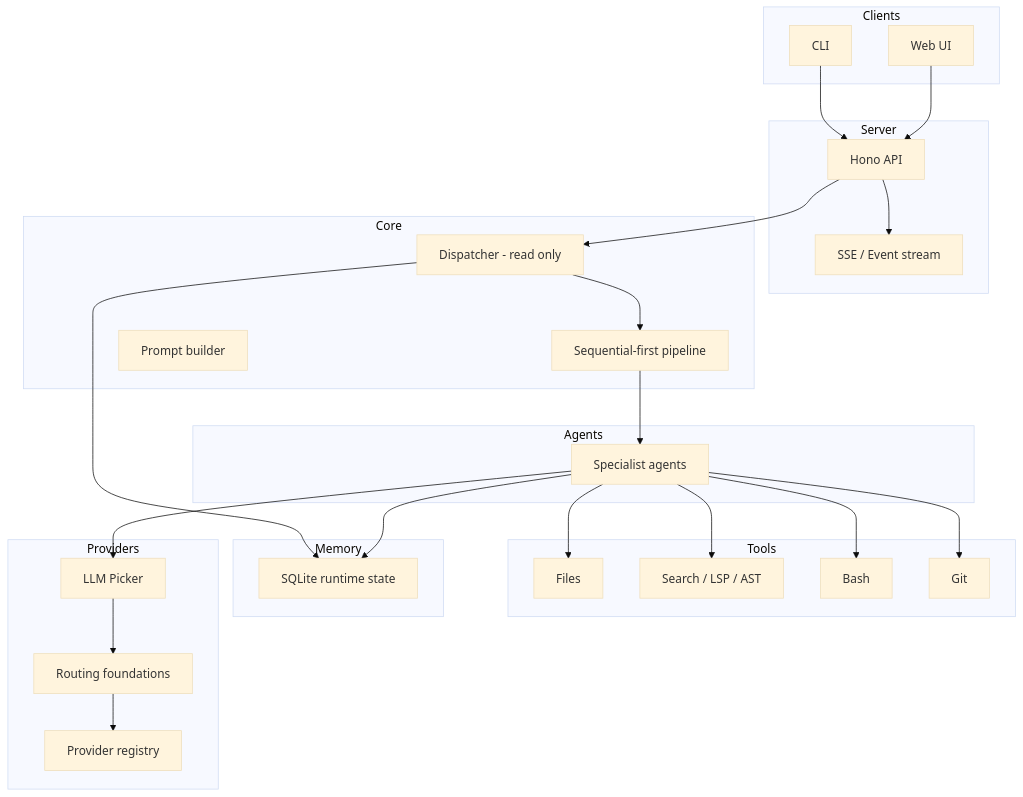
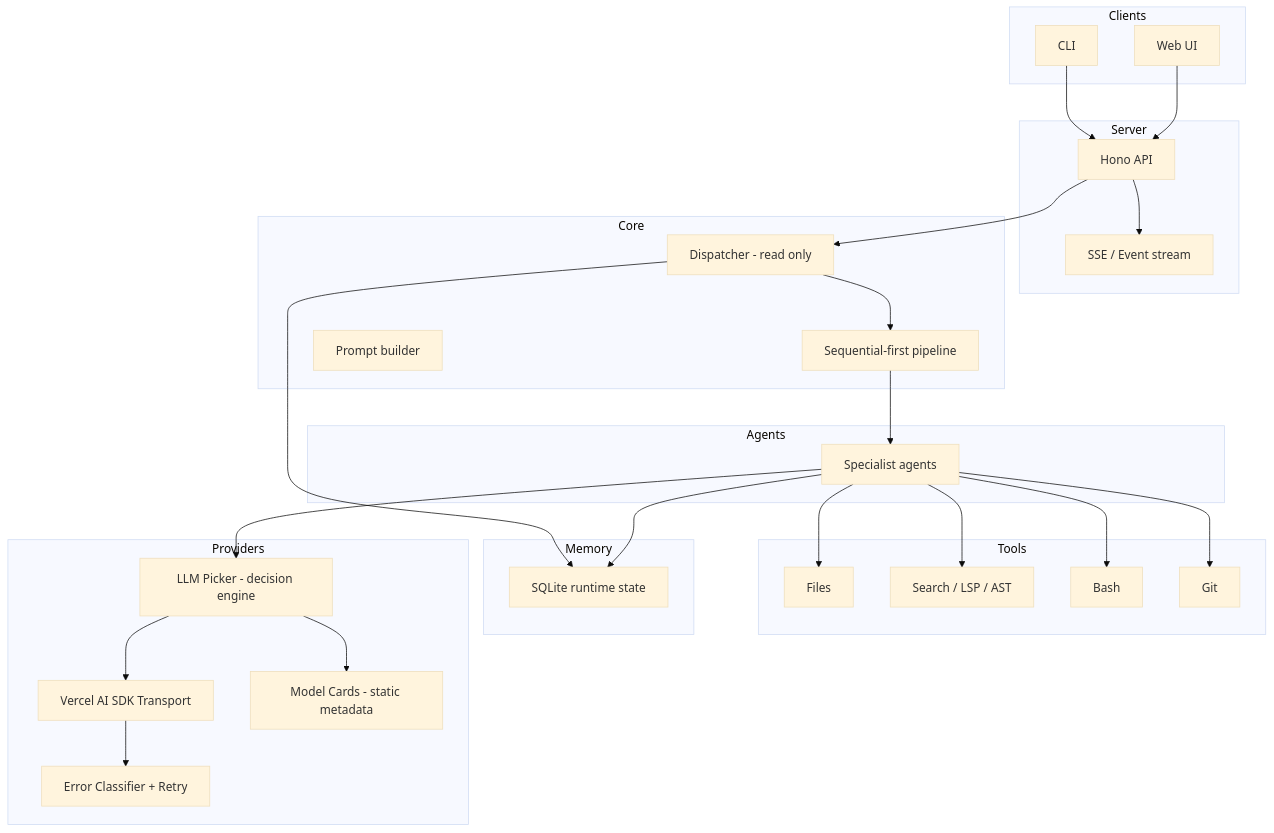
The diagram in README.md (radoxtech/diricode), drawn with Mermaid (base theme) before and after one commit. The commit also changed other lines of this file and 7 other files, not shown here.

````diff
--- a/README.md
+++ b/README.md
@@ -102,55 +103,57 @@
 ```mermaid
 graph TD
     subgraph Clients
         CLI[CLI]
         Web[Web UI]
     end
 
     subgraph Server
         API[Hono API]
         SSE[SSE / Event stream]
     end
 
     subgraph Core
         Dispatcher[Dispatcher - read only]
         Pipeline[Sequential-first pipeline]
         Prompt[Prompt builder]
     end
 
     subgraph Agents
         Specialists[Specialist agents]
     end
 
     subgraph Tools
         Files[Files]
         Search[Search / LSP / AST]
         Bash[Bash]
         Git[Git]
     end
 
     subgraph Memory
         SQLite[SQLite runtime state]
     end
 
     subgraph Providers
-        Registry[Provider registry]
-        Picker[LLM Picker]
-        Router[Routing foundations]
+        AISDK[Vercel AI SDK Transport]
+        Cards[Model Cards - static metadata]
+        Picker[LLM Picker - decision engine]
+        ErrorClassifier[Error Classifier + Retry]
     end
 
     CLI --> API
     Web --> API
     API --> SSE
     API --> Dispatcher
     Dispatcher --> Pipeline
     Pipeline --> Specialists
     Specialists --> Files
     Specialists --> Search
     Specialists --> Bash
     Specialists --> Git
     Dispatcher --> SQLite
     Specialists --> SQLite
     Specialists --> Picker
-    Picker --> Router
-    Router --> Registry
+    Picker --> Cards
+    Picker --> AISDK
+    AISDK --> ErrorClassifier
 ```
````
